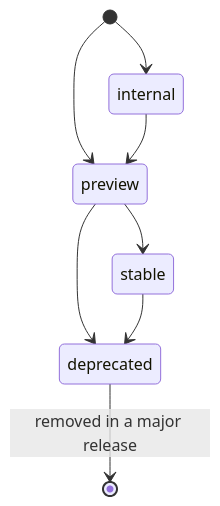
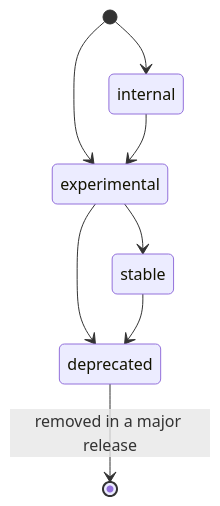
Before and after one commit to adobe/spectrum-web-components: the first of 2 diagrams in CONTRIBUTOR-DOCS/01_contributor-guides/17_component-status-and-since.md, drawn with Mermaid. The commit also changed other lines of this file and 2 other files, not shown here.

First line of the commit message:
docs(contributor-docs): rename preview status to experimental

````diff
--- a/CONTRIBUTOR-DOCS/01_contributor-guides/17_component-status-and-since.md
+++ b/CONTRIBUTOR-DOCS/01_contributor-guides/17_component-status-and-since.md
@@ -123,10 +123,10 @@
 ```mermaid
 stateDiagram-v2
     [*] --> internal
-    [*] --> preview
-    internal --> preview
-    preview --> stable
-    preview --> deprecated
+    [*] --> experimental
+    internal --> experimental
+    experimental --> stable
+    experimental --> deprecated
     stable --> deprecated
     deprecated --> [*]: removed in a major release
 ```
````
